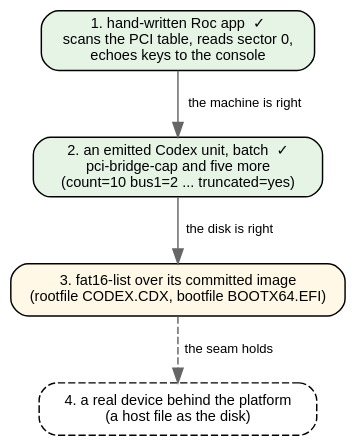
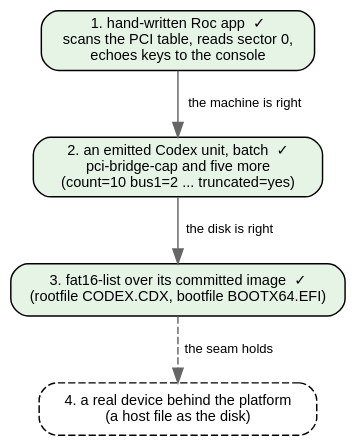
Before and after one commit to showell/essay-repl-server: the eighth of 8 diagrams in notes/roc-machine-emulator.md, drawn with Graphviz. The commit also changed other lines of this file, not shown here.

First line of the commit message:
roc-machine-emulator: step 3, fat16-list on a disk the ladder attaches

````diff
--- a/notes/roc-machine-emulator.md
+++ b/notes/roc-machine-emulator.md
@@ -274,15 +366,15 @@
 ```dot
 digraph demo {
   rankdir=TB; bgcolor="transparent";
   node [shape=box style="rounded,filled" fontname="Helvetica" fontsize=10 fillcolor="#ffffff"];
   edge [fontname="Helvetica" fontsize=9 color="#666666"];
 
   a [label="1. hand-written Roc app  ✓\nscans the PCI table, reads sector 0,\nechoes keys to the console" fillcolor="#e6f4e6"];
   b [label="2. an emitted Codex unit, batch  ✓\npci-bridge-cap and five more\n(count=10 bus1=2 ... truncated=yes)" fillcolor="#e6f4e6"];
-  c [label="3. fat16-list over its committed image\n(rootfile CODEX.CDX, bootfile BOOTX64.EFI)" fillcolor="#fff8e6"];
+  c [label="3. fat16-list over its committed image  ✓\n(rootfile CODEX.CDX, bootfile BOOTX64.EFI)" fillcolor="#e6f4e6"];
   d [label="4. a real device behind the platform\n(a host file as the disk)" fillcolor="#f4f4f4" style="rounded,dashed"];
   a -> b [label="the machine is right"];
   b -> c [label="the disk is right"];
   c -> d [label="the seam holds" style=dashed];
 }
 ```
````
